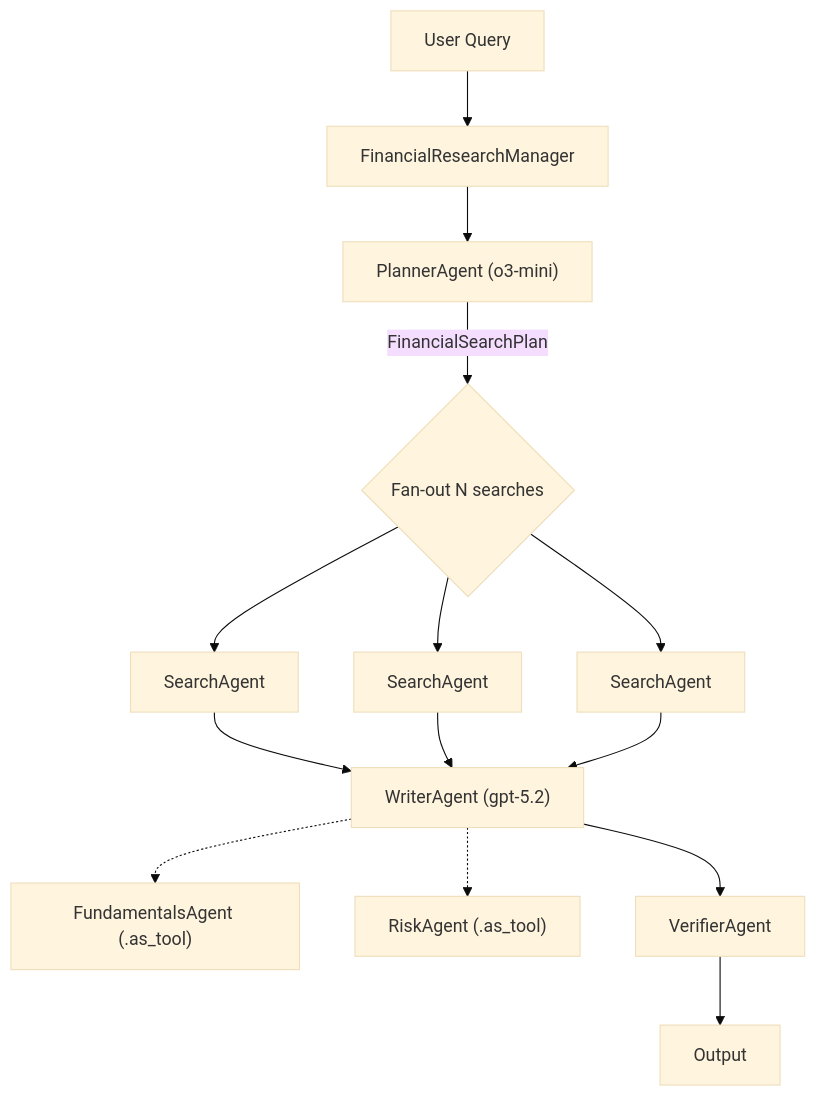
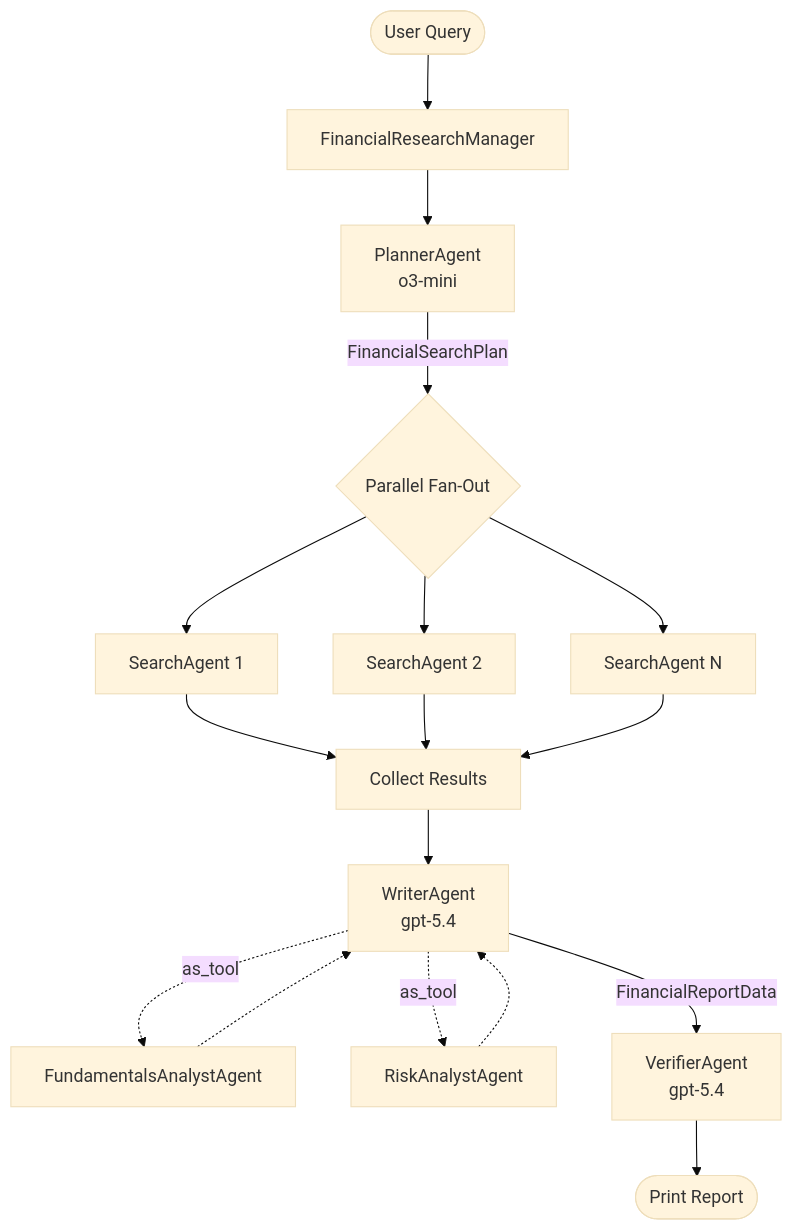
The first of 2 diagrams in README.md (marcus-waldman/Iconsult_mcp), drawn with Mermaid (base theme) before and after one commit. The commit also changed other lines of this file, not shown here.

First line of the commit message:
Update README to match current HTML report and new video link

````diff
--- a/README.md
+++ b/README.md
@@ -19,16 +19,19 @@
 ```mermaid
 flowchart TD
-    Q["User Query"] --> MGR["FinancialResearchManager"]
-    MGR --> PLAN["PlannerAgent (o3-mini)"]
-    PLAN -->|"FinancialSearchPlan"| FAN{"Fan-out N searches"}
-    FAN --> S1["SearchAgent"]
-    FAN --> S2["SearchAgent"]
-    FAN --> SN["SearchAgent"]
-    S1 --> W["WriterAgent (gpt-5.2)"]
-    S2 --> W
-    SN --> W
-    W -.-> FA["FundamentalsAgent (.as_tool)"]
-    W -.-> RA["RiskAgent (.as_tool)"]
-    W --> V["VerifierAgent"]
-    V --> OUT["Output"]
+    User(["User Query"]) --> Manager["FinancialResearchManager"]
+    Manager --> Planner["PlannerAgent\no3-mini"]
+    Planner -->|"FinancialSearchPlan"| FanOut{"Parallel Fan-Out"}
+    FanOut --> S1["SearchAgent 1"]
+    FanOut --> S2["SearchAgent 2"]
+    FanOut --> SN["SearchAgent N"]
+    S1 --> Collect["Collect Results"]
+    S2 --> Collect
+    SN --> Collect
+    Collect --> Writer["WriterAgent\ngpt-5.4"]
+    Writer -.->|"as_tool"| Fundamentals["FundamentalsAnalystAgent"]
+    Writer -.->|"as_tool"| Risk["RiskAnalystAgent"]
+    Fundamentals -.-> Writer
+    Risk -.-> Writer
+    Writer -->|"FinancialReportData"| Verifier["VerifierAgent\ngpt-5.4"]
+    Verifier --> Output(["Print Report"])
 ```
````
